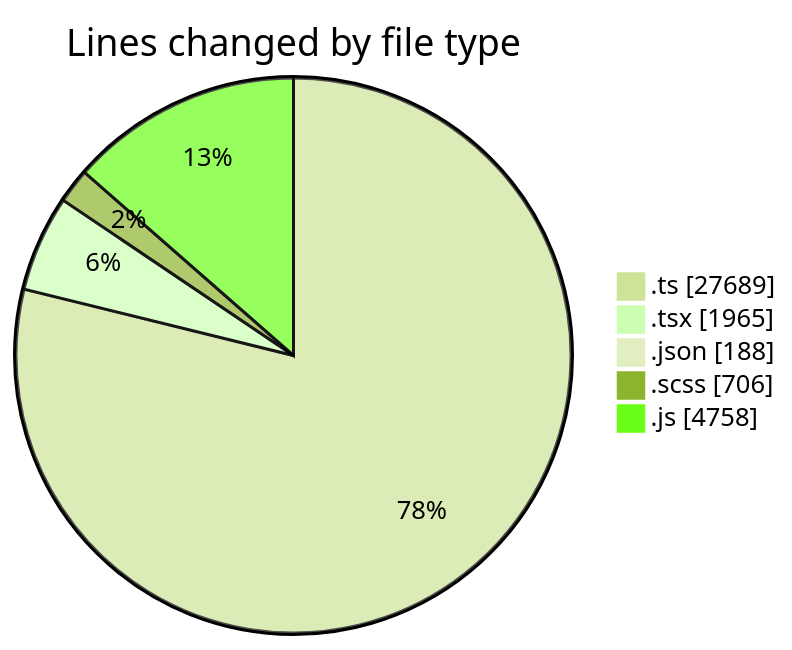
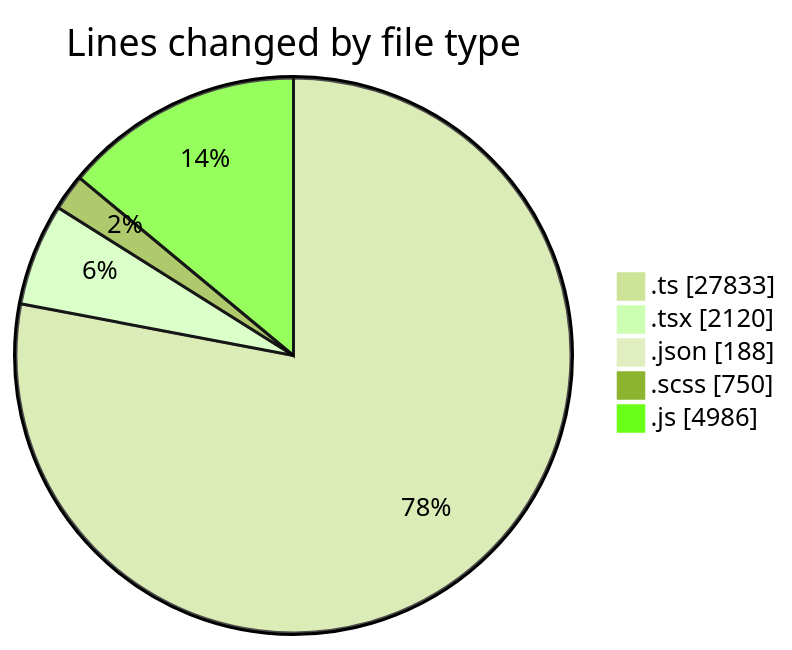
Before and after one commit to momahboobian/code-tracking: the first of 2 diagrams in 2026-05-07/cda/README.md, drawn with Mermaid (forest theme). The commit also changed other lines of this file and 1 other file, not shown here.

````diff
--- a/2026-05-07/cda/README.md
+++ b/2026-05-07/cda/README.md
@@ -46,9 +46,9 @@
 ```mermaid
 pie showData
 title Lines changed by file type
-".ts" : 27689
-".tsx" : 1965
+".ts" : 27833
+".tsx" : 2120
 ".json" : 188
-".scss" : 706
-".js" : 4758
+".scss" : 750
+".js" : 4986
 ```
````
